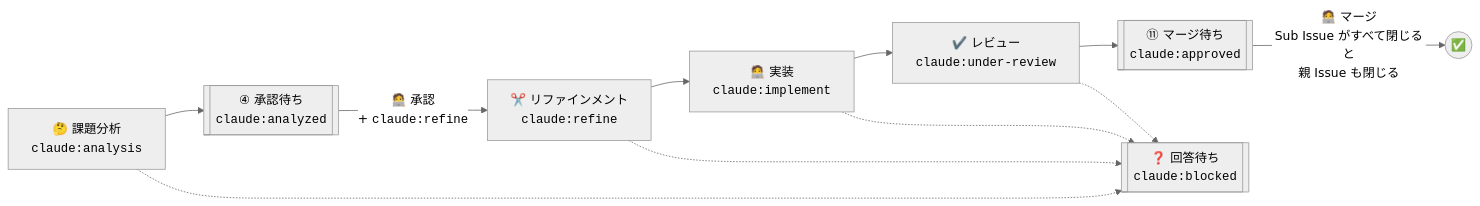
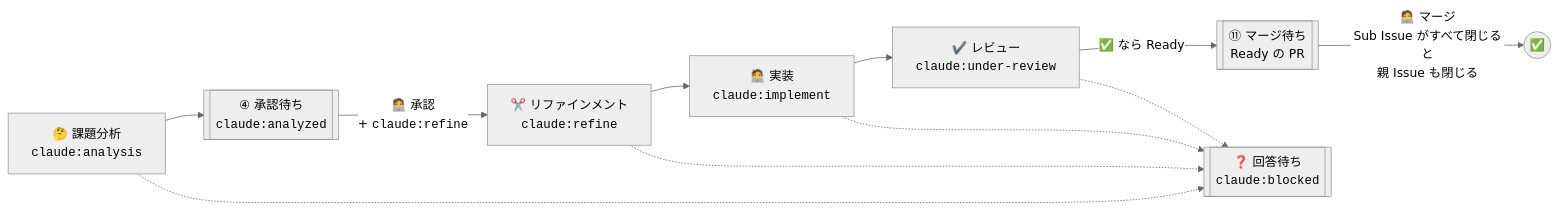
One commit to theindiehacker/fastship-plugin changed the third of 3 diagrams in README.md. Above: the diagram before and after it, drawn with Mermaid (neutral theme). The commit also changed other lines of this file and 3 other files, not shown here.

First line of the commit message:
PR の Draft / Ready で、Claude の番と人の番を分ける

````diff
--- a/README.md
+++ b/README.md
@@ -186,9 +192,9 @@
 ```mermaid
 flowchart LR
     analysis["🤔 課題分析<br/><code>claude:analysis</code>"] --> analyzed[["④ 承認待ち<br/><code>claude:analyzed</code>"]]
     analyzed -->|🧑‍💻 承認<br/>+ <code>claude:refine</code>| refine["✂️ リファインメント<br/><code>claude:refine</code>"]
     refine --> implement["🧑‍💻 実装<br/><code>claude:implement</code>"] --> review["✔️ レビュー<br/><code>claude:under-review</code>"]
-    review --> approved[["⑪ マージ待ち<br/><code>claude:approved</code>"]]
-    approved -->|🧑‍💻 マージ<br/>Sub Issue がすべて閉じると<br/>親 Issue も閉じる| done(("✅"))
+    review -->|✅ なら Ready| merge[["⑪ マージ待ち<br/>Ready の PR"]]
+    merge -->|🧑‍💻 マージ<br/>Sub Issue がすべて閉じると<br/>親 Issue も閉じる| done(("✅"))
     analysis & refine & implement & review -.-> blocked[["❓ 回答待ち<br/><code>claude:blocked</code>"]]
 ```
````
